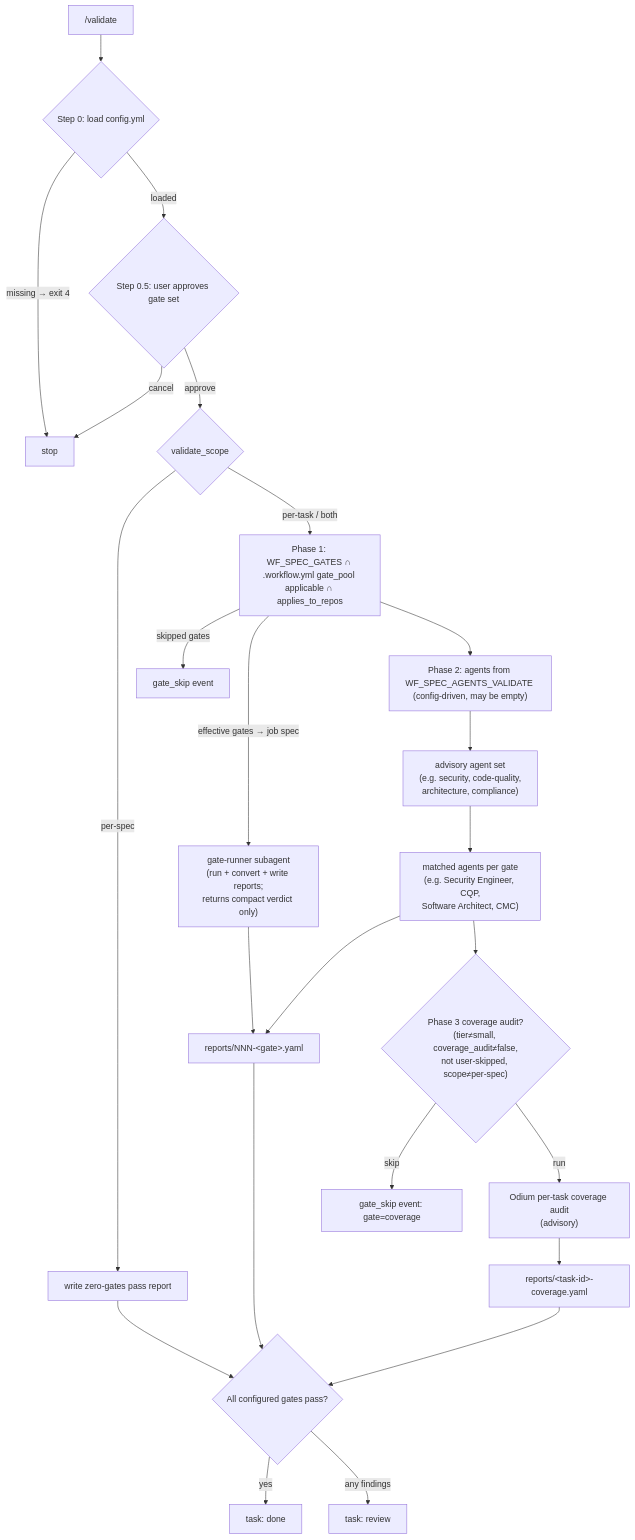
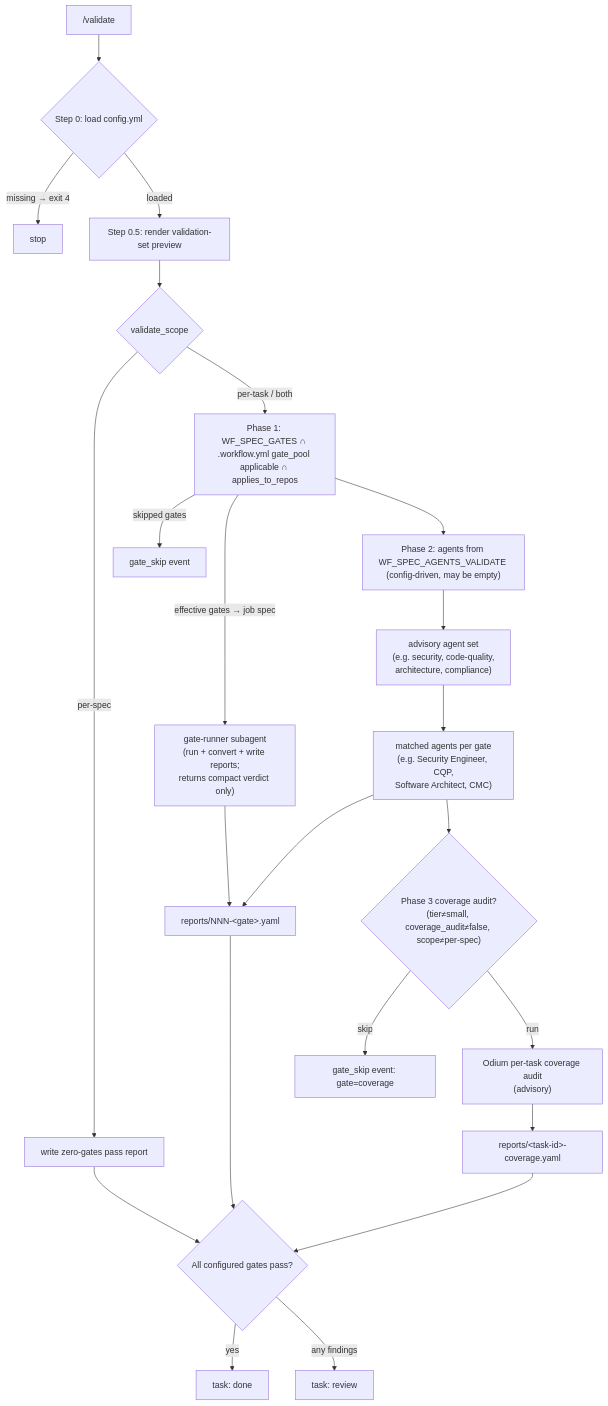
One commit to AlarQ/SDD-hub changed the fourth of 14 diagrams in docs/workflow-diagram.md. Above: the diagram before and after it, drawn with Mermaid. The commit also changed other lines of this file and 4 other files, not shown here.

First line of the commit message:
refactor: drop /validate Step 0.5 approval prompt, config is sole source

````diff
--- a/docs/workflow-diagram.md
+++ b/docs/workflow-diagram.md
@@ -161,29 +161,28 @@
 ```mermaid
 graph TD
     V["/validate"] --> CFG0{Step 0: load config.yml}
     CFG0 -->|missing → exit 4| STOP_V[stop]
-    CFG0 -->|loaded| APPR{Step 0.5: user approves gate set}
-    APPR -->|cancel| STOP_V
-    APPR -->|approve| SCOPE{validate_scope}
+    CFG0 -->|loaded| APPR[Step 0.5: render validation-set preview]
+    APPR --> SCOPE{validate_scope}
     SCOPE -->|per-spec| PASS[write zero-gates pass report]
     SCOPE -->|per-task / both| CEIL["Phase 1: WF_SPEC_GATES ∩ .workflow.yml gate_pool applicable ∩ applies_to_repos"]
     CEIL -->|skipped gates| SKIP[gate_skip event]
     CEIL -->|effective gates → job spec| GR["gate-runner subagent<br/>(run + convert + write reports;<br/>returns compact verdict only)"]
     GR --> REPORTS[reports/NNN-&lt;gate&gt;.yaml]
     CEIL --> AGT["Phase 2: agents from WF_SPEC_AGENTS_VALIDATE (config-driven, may be empty)"]
 
     AGT --> GATES["advisory agent set<br/>(e.g. security, code-quality,<br/>architecture, compliance)"]
     GATES --> AGENTS["matched agents per gate<br/>(e.g. Security Engineer, CQP,<br/>Software Architect, CMC)"]
     AGENTS --> REPORTS
 
-    AGENTS --> COVGATE{"Phase 3 coverage audit?<br/>(tier≠small, coverage_audit≠false,<br/>not user-skipped, scope≠per-spec)"}
+    AGENTS --> COVGATE{"Phase 3 coverage audit?<br/>(tier≠small, coverage_audit≠false, scope≠per-spec)"}
     COVGATE -->|skip| COVSKIP[gate_skip event: gate=coverage]
     COVGATE -->|run| COV["Odium per-task coverage audit<br/>(advisory)"]
     COV --> COVREP["reports/&lt;task-id&gt;-coverage.yaml"]
     COVREP --> AGG
 
     REPORTS --> AGG{All configured gates pass?}
     PASS --> AGG
     AGG -->|yes| DONE[task: done]
     AGG -->|any findings| REVIEW[task: review]
 ```
````
